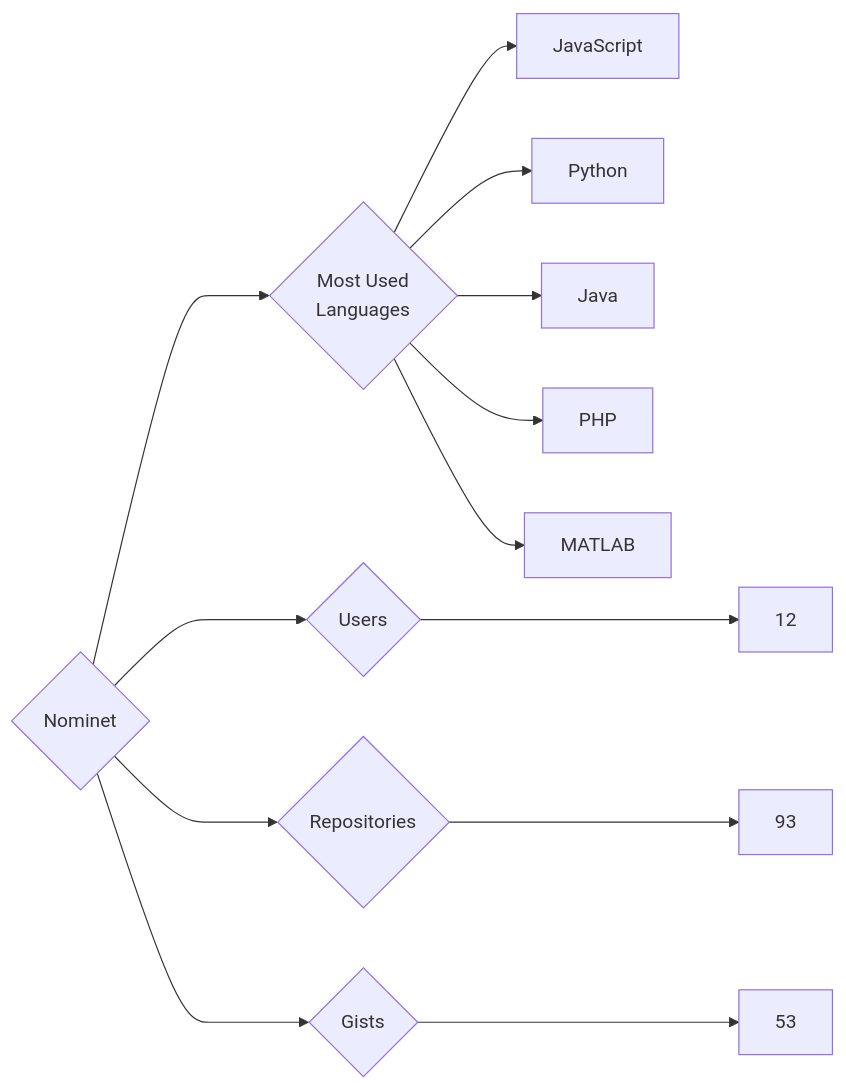
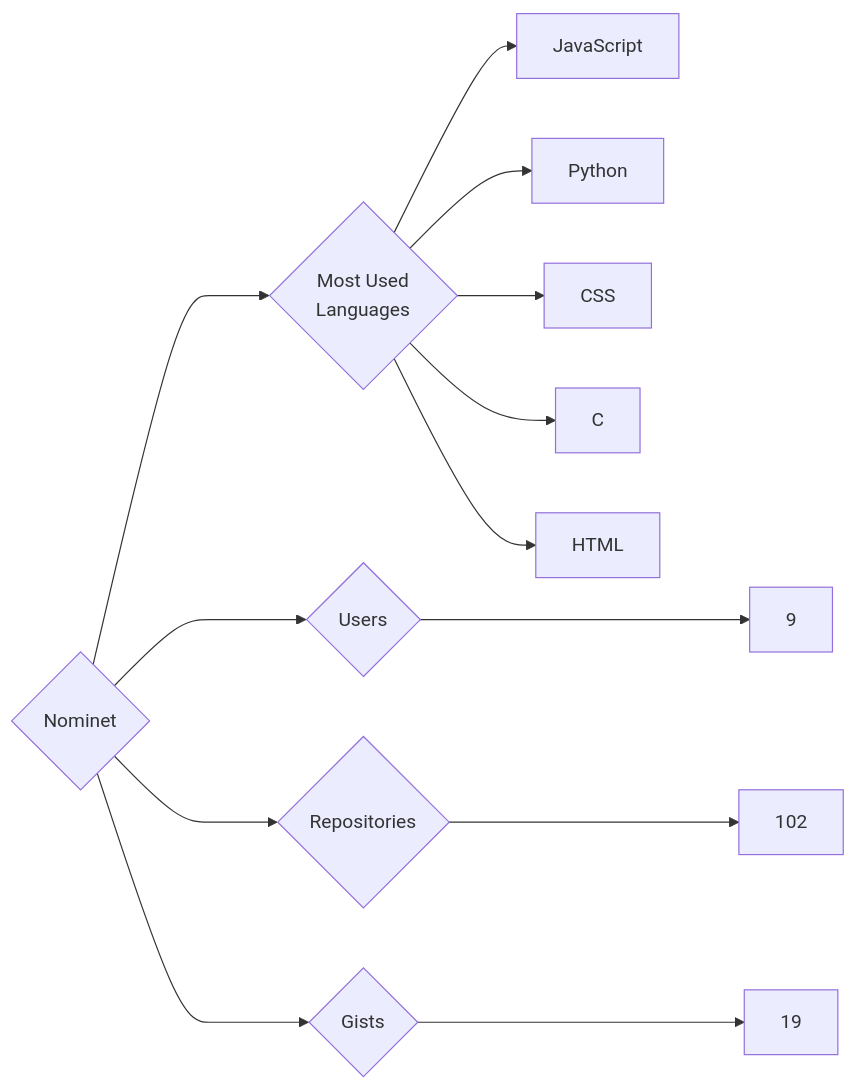
One commit to trickest/insiders changed the diagram in targets/Nominet/README.md. Above: the diagram before and after it, drawn with Mermaid. The commit also changed 878 other files, not shown here.

````diff
--- a/targets/Nominet/README.md
+++ b/targets/Nominet/README.md
@@ -3,13 +3,13 @@
 ```mermaid
 graph LR
 COMPANY_NAME{Nominet}
-COMPANY_NAME ---> U{Users} ---> UN[12]
-COMPANY_NAME ---> R{Repositories} ---> RN[93]
-COMPANY_NAME ---> G{Gists} ---> GN[53]
+COMPANY_NAME ---> U{Users} ---> UN[9]
+COMPANY_NAME ---> R{Repositories} ---> RN[102]
+COMPANY_NAME ---> G{Gists} ---> GN[19]
 COMPANY_NAME ---> ML{Most Used<br>Languages}
 ML --> JavaScript[JavaScript]
 ML --> Python[Python]
-ML --> Java[Java]
-ML --> PHP[PHP]
-ML --> MATLAB[MATLAB]
+ML --> CSS[CSS]
+ML --> C[C]
+ML --> HTML[HTML]
 ```
````
